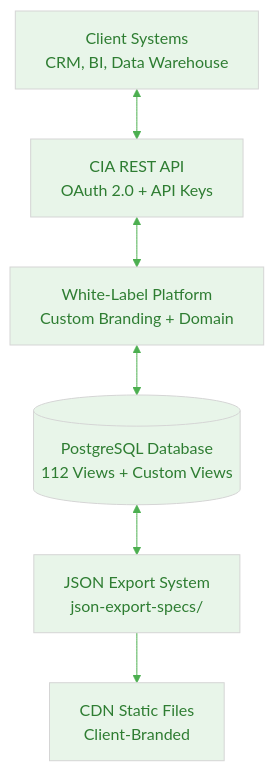
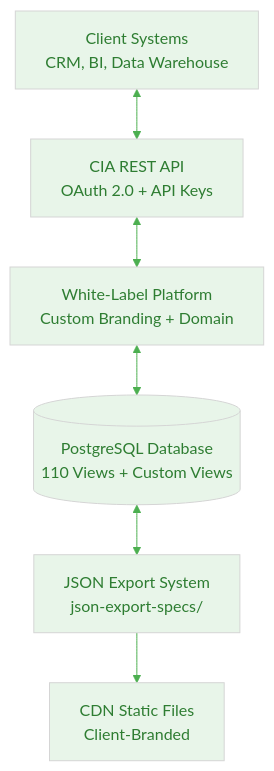
The fourth of 6 diagrams in BUSINESS_PRODUCT_DOCUMENT.md (Hack23/cia), drawn with Mermaid before and after one commit. The commit also changed other lines of this file and 2 other files, not shown here.

First line of the commit message:
docs: address round-2 review — fix Vote Data/Document Views counts, update Current Status date, fix election view count (9→3), fix intelligence views (7→8), reconcile all stale 112→110 references in BUSINESS_PRODUCT_DOCUMENT.md

````diff
--- a/BUSINESS_PRODUCT_DOCUMENT.md
+++ b/BUSINESS_PRODUCT_DOCUMENT.md
@@ -1635,18 +1635,18 @@
 ```mermaid
 %%{
   init: {
     'theme': 'base',
     'themeVariables': {
       'primaryColor': '#e8f5e9',
       'primaryTextColor': '#2e7d32',
       'lineColor': '#4caf50'
     }
   }
 }%%
 flowchart TB
     CLIENT[Client Systems<br/>CRM, BI, Data Warehouse] <--> API[CIA REST API<br/>OAuth 2.0 + API Keys]
     API <--> PLATFORM[White-Label Platform<br/>Custom Branding + Domain]
-    PLATFORM <--> DB[(PostgreSQL Database<br/>112 Views + Custom Views)]
+    PLATFORM <--> DB[(PostgreSQL Database<br/>110 Views + Custom Views)]
     DB <--> EXPORT[JSON Export System<br/>json-export-specs/]
     EXPORT --> CDN[CDN Static Files<br/>Client-Branded]
 ```
````
